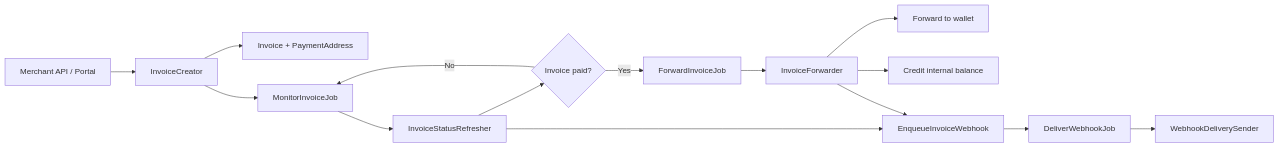
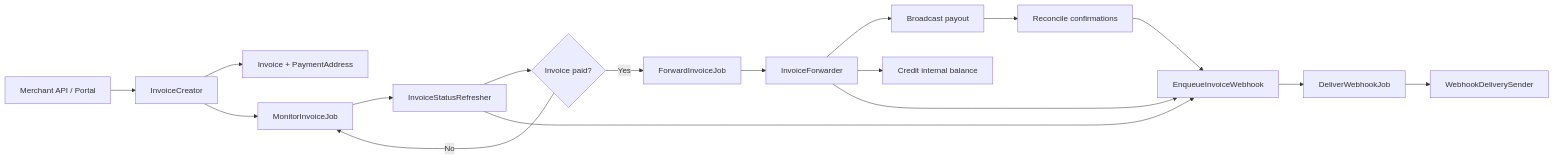
The first of 2 diagrams in README.md (AndrewGalak6578/crypto-payment-gateway), drawn with Mermaid before and after one commit. The commit also changed other lines of this file and 111 other files, not shown here.

````diff
--- a/README.md
+++ b/README.md
@@ -188,17 +196,19 @@
 ```mermaid
 flowchart LR
     A[Merchant API / Portal] --> B[InvoiceCreator]
     B --> C[Invoice + PaymentAddress]
     B --> D[MonitorInvoiceJob]
     D --> E[InvoiceStatusRefresher]
     E --> F{Invoice paid?}
     F -- No --> D
     F -- Yes --> G[ForwardInvoiceJob]
     G --> H[InvoiceForwarder]
-    H --> I[Forward to wallet]
+    H --> I[Broadcast payout]
+    I --> N[Reconcile confirmations]
+    N --> K
     H --> J[Credit internal balance]
     E --> K[EnqueueInvoiceWebhook]
     H --> K
     K --> L[DeliverWebhookJob]
     L --> M[WebhookDeliverySender]
 ```
````
